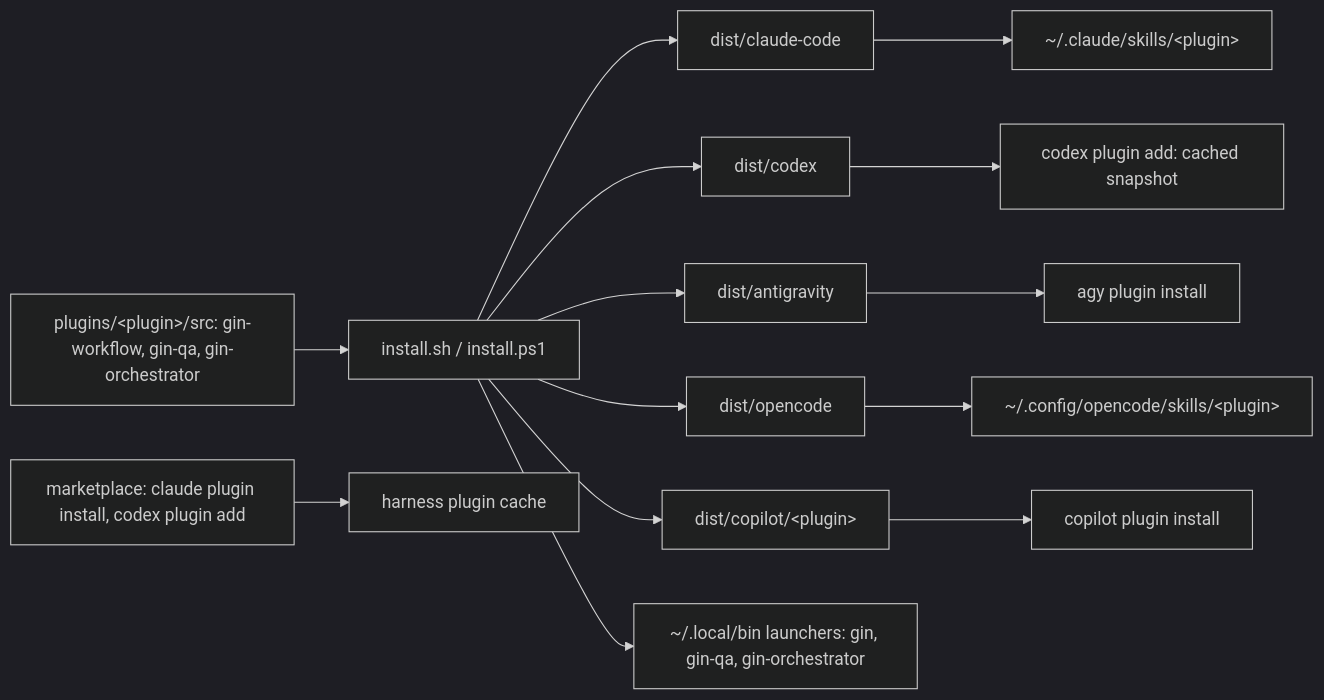
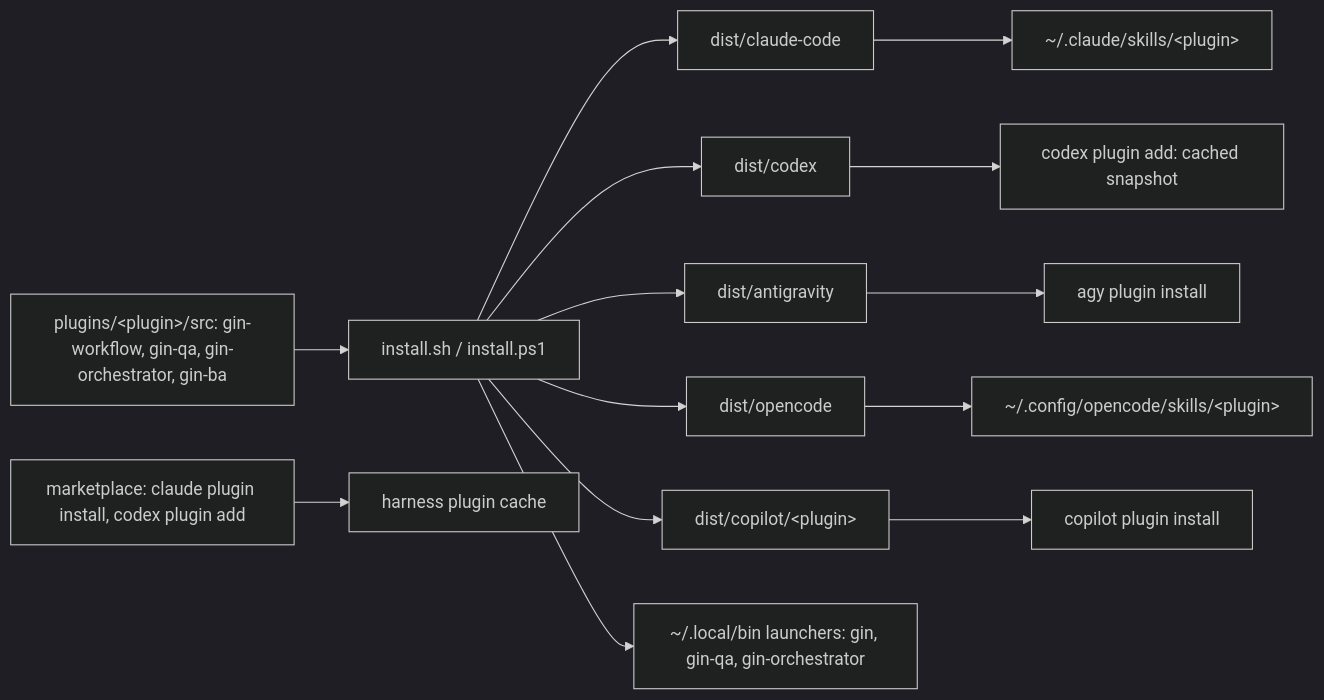
The fifth of 6 diagrams in docs/concepts/architecture.md (giangdhwhtbr/gin-workflow), drawn with Mermaid (dark theme) before and after one commit. The commit also changed 6 other files, not shown here.

Commit message:
docs(ba): mockup alone creates a missing folder; gin-ba in the install diagram, slash commands, and index (gin-workflow-ba-plugin.4 review)

````diff
--- a/docs/concepts/architecture.md
+++ b/docs/concepts/architecture.md
@@ -138,16 +138,16 @@
 ```mermaid
 flowchart LR
-    S[plugins/&lt;plugin&gt;/src: gin-workflow, gin-qa, gin-orchestrator] --> I[install.sh / install.ps1]
+    S[plugins/&lt;plugin&gt;/src: gin-workflow, gin-qa, gin-orchestrator, gin-ba] --> I[install.sh / install.ps1]
     I --> D1[dist/claude-code]
     I --> D2[dist/codex]
     I --> D3[dist/antigravity]
     I --> D4[dist/opencode]
     I --> D5[dist/copilot/&lt;plugin&gt;]
     I --> LCH[~/.local/bin launchers: gin, gin-qa, gin-orchestrator]
     D1 --> C1[~/.claude/skills/&lt;plugin&gt;]
     D2 --> C2[codex plugin add: cached snapshot]
     D3 --> C3[agy plugin install]
     D4 --> C4[~/.config/opencode/skills/&lt;plugin&gt;]
     D5 --> C5[copilot plugin install]
     MK[marketplace: claude plugin install, codex plugin add] --> C1b[harness plugin cache]
 ```
````
